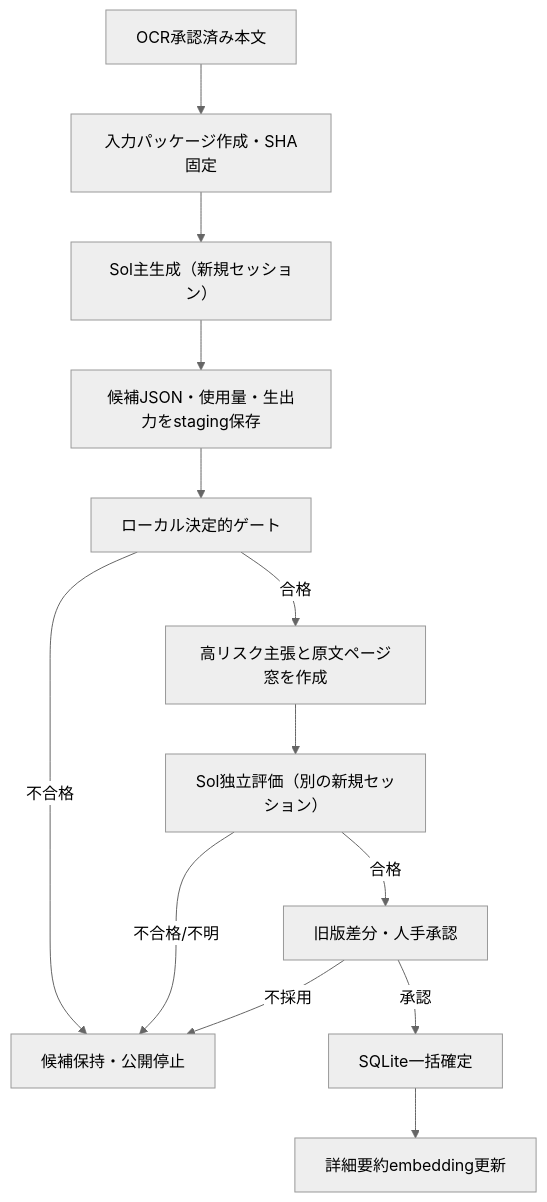
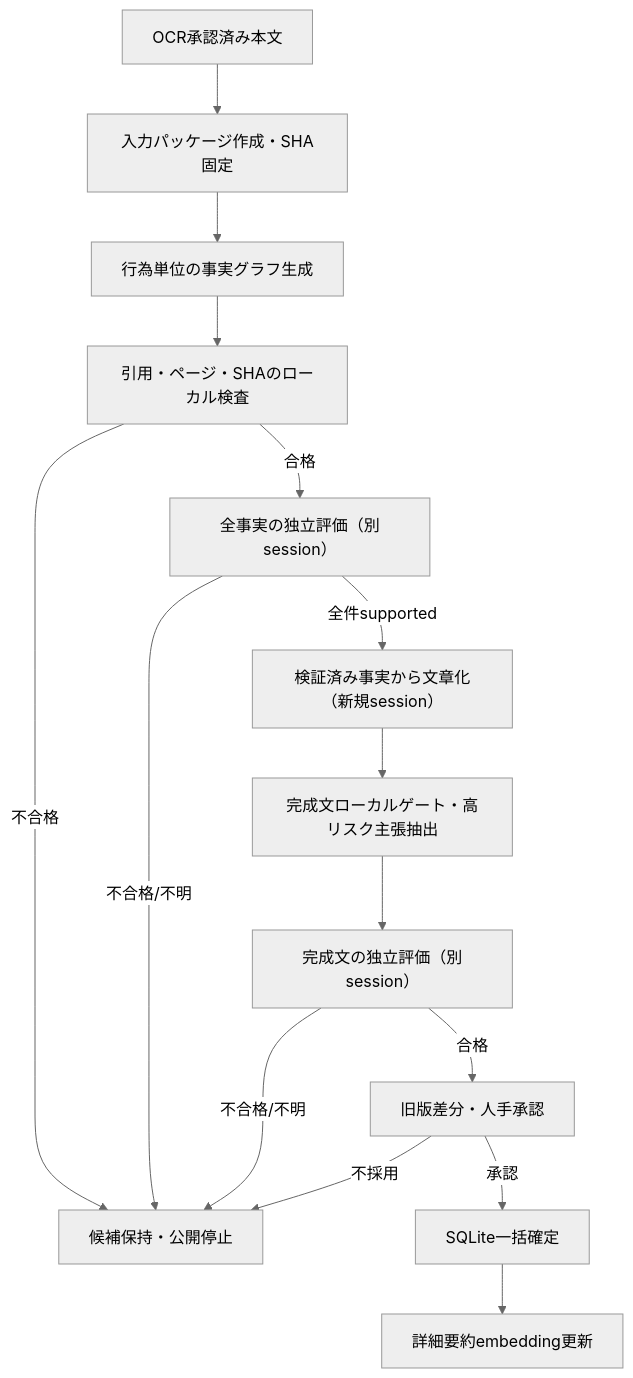
Before and after one commit to kkmmyr/Pic2PDF_Viewer: the diagram in docs/design/詳細設計/機能別/小説RAG_Sol生成・評価設計.md, drawn with Mermaid (neutral theme). The commit also changed other lines of this file and 21 other files, not shown here.

````diff
--- a/docs/design/詳細設計/機能別/小説RAG_Sol生成・評価設計.md
+++ b/docs/design/詳細設計/機能別/小説RAG_Sol生成・評価設計.md
@@ -113,15 +118,17 @@
 ```mermaid
 flowchart TD
     A["OCR承認済み本文"] --> B["入力パッケージ作成・SHA固定"]
-    B --> C["Sol主生成（新規セッション）"]
-    C --> D["候補JSON・使用量・生出力をstaging保存"]
-    D --> E["ローカル決定的ゲート"]
-    E -->|"不合格"| F["候補保持・公開停止"]
-    E -->|"合格"| G["高リスク主張と原文ページ窓を作成"]
-    G --> H["Sol独立評価（別の新規セッション）"]
-    H -->|"不合格/不明"| F
-    H -->|"合格"| I["旧版差分・人手承認"]
-    I -->|"不採用"| F
-    I -->|"承認"| J["SQLite一括確定"]
-    J --> K["詳細要約embedding更新"]
+    B --> C["行為単位の事実グラフ生成"]
+    C --> D["引用・ページ・SHAのローカル検査"]
+    D -->|"不合格"| F["候補保持・公開停止"]
+    D -->|"合格"| E["全事実の独立評価（別session）"]
+    E -->|"不合格/不明"| F
+    E -->|"全件supported"| G["検証済み事実から文章化（新規session）"]
+    G --> H["完成文ローカルゲート・高リスク主張抽出"]
+    H --> I["完成文の独立評価（別session）"]
+    I -->|"不合格/不明"| F
+    I -->|"合格"| J["旧版差分・人手承認"]
+    J -->|"不採用"| F
+    J -->|"承認"| K["SQLite一括確定"]
+    K --> L["詳細要約embedding更新"]
 ```
````
